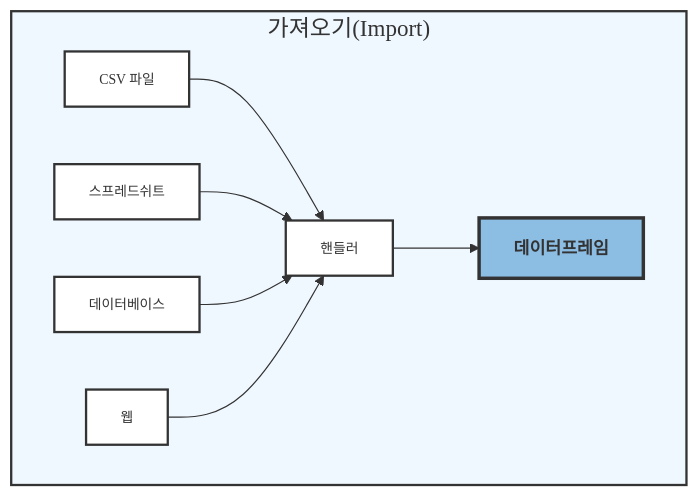
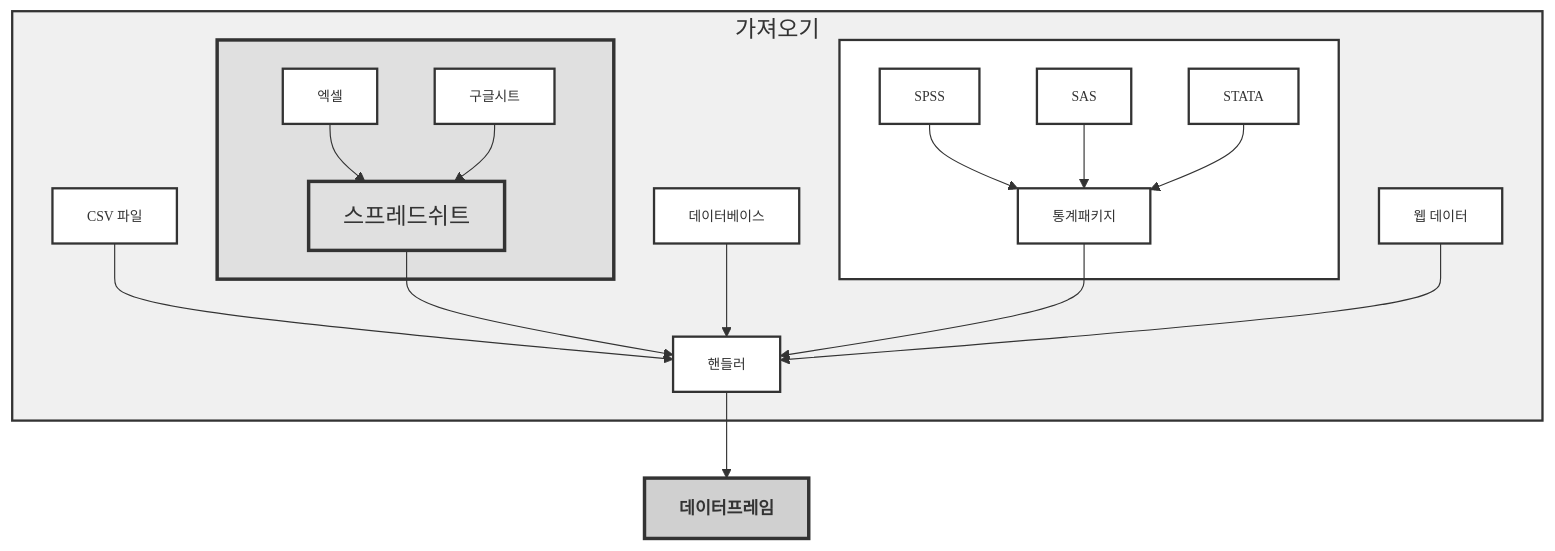
Before and after one commit to bit2r/chatGPT4ds: the diagram in ingest_spreadsheet.qmd, drawn with Mermaid. The commit also changed other lines of this file and 14 other files, not shown here.

````diff
--- a/ingest_spreadsheet.qmd
+++ b/ingest_spreadsheet.qmd
@@ -10,23 +36,39 @@
 ```{mermaid}
 %%| label: fig-import-data
 %%| fig-cap: 다양한 데이터 종류
 %%| fig-align: center
 
 graph TB
-    subgraph 가져오기["가져오기(Import)"]
-        csv[CSV 파일] --> 핸들러
-        스프레드쉬트 --> 핸들러
-        데이터베이스 --> 핸들러
-        웹 --> 핸들러
+subgraph 가져오기["가져오기"]
+    csv[CSV 파일] --> 핸들러_가져오기
+    스프레드쉬트 --> 핸들러_가져오기
+    subgraph spreadsheet[" "]
+        엑셀 --> 스프레드쉬트
+        구글시트 --> 스프레드쉬트
+    end
 
-        핸들러 --> 데이터프레임
+    데이터베이스 --> 핸들러_가져오기
+    통계패키지 --> 핸들러_가져오기
+
+    subgraph pkg[" "]
+        SPSS --> 통계패키지
+        SAS --> 통계패키지
+        STATA --> 통계패키지
     end
     
-    classDef modern fill:#fff,stroke:#333,stroke-width:2px,color:#333,font-family:MaruBuri,font-size:12px;
-    classDef emphasize fill:#8CBDE3,stroke:#333,stroke-width:3px,color:#333,font-family:MaruBuri,font-size:15px,font-weight:bold;
-    classDef subgraphStyle fill:#f0f8ff,stroke:#333,stroke-width:2px,color:#333,font-family:MaruBuri,font-size:20px;
-    
-    class csv,스프레드쉬트,데이터베이스,웹,핸들러 modern
-    class 데이터프레임 emphasize
-    class 가져오기 subgraphStyle
-```    
+    웹["웹 데이터"] --> 핸들러_가져오기
+end
+
+핸들러_가져오기["핸들러"] --> 데이터프레임
+
+classDef modern fill:#fff,stroke:#333,stroke-width:2px,color:#333,font-family:MaruBuri,font-size:12px;
+classDef emphasize fill:#d0d0d0,stroke:#333,stroke-width:3px,color:#333,font-family:MaruBuri,font-size:15px,font-weight:bold;
+classDef subgraphStyle fill:#f0f0f0,stroke:#333,stroke-width:2px,color:#333,font-family:MaruBuri,font-size:20px;
+classDef spreadsheetStyle fill:#e0e0e0,stroke:#333,stroke-width:3px,color:#333,font-family:MaruBuri,font-size:20px;
+
+class csv,데이터베이스,웹,통계패키지,pkg,엑셀,구글시트,SPSS,SAS,STATA modern
+class 데이터프레임 emphasize
+class 가져오기 subgraphStyle
+class 스프레드쉬트,spreadsheet spreadsheetStyle
+class 핸들러_가져오기 modern
+```
````
